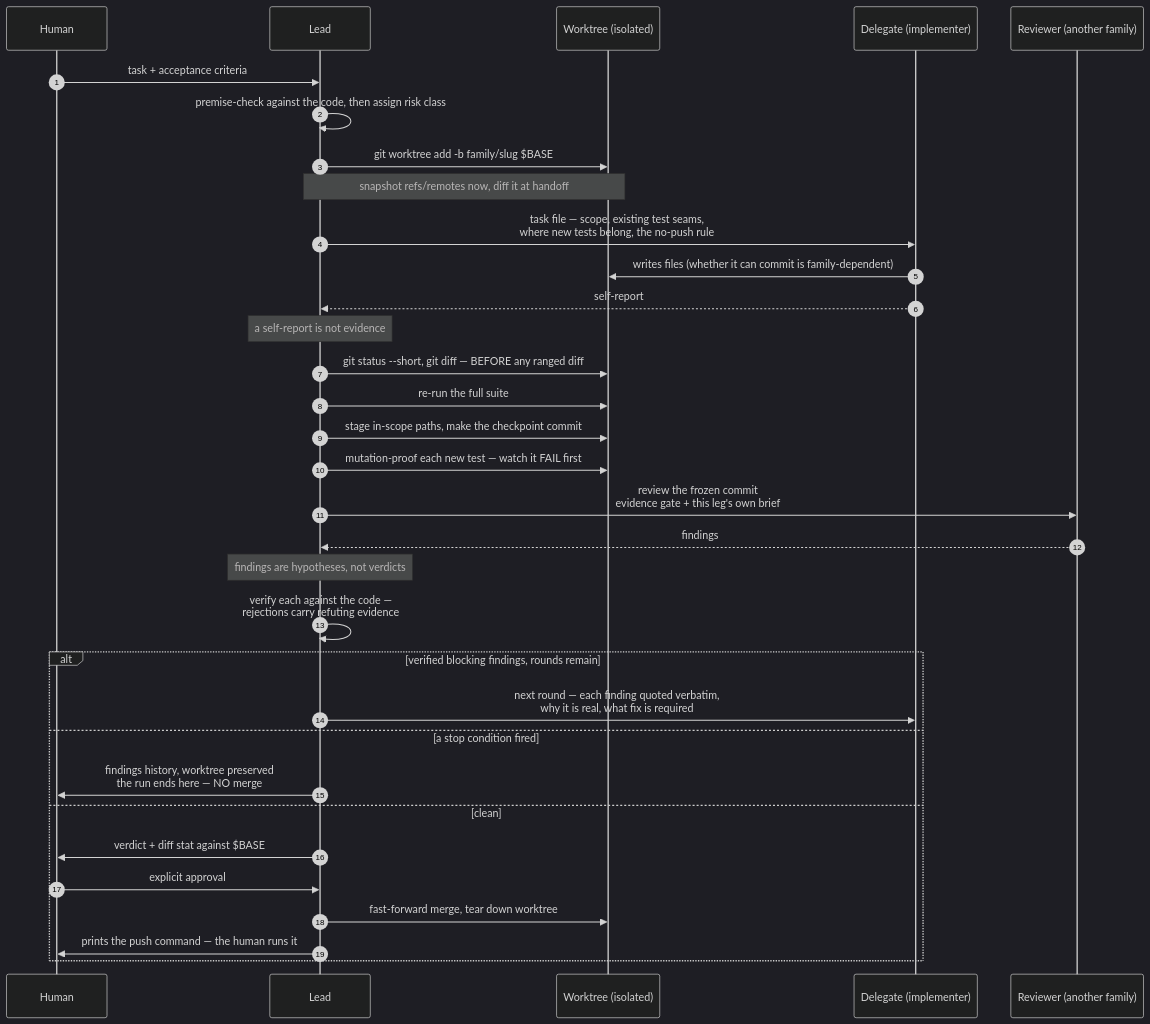
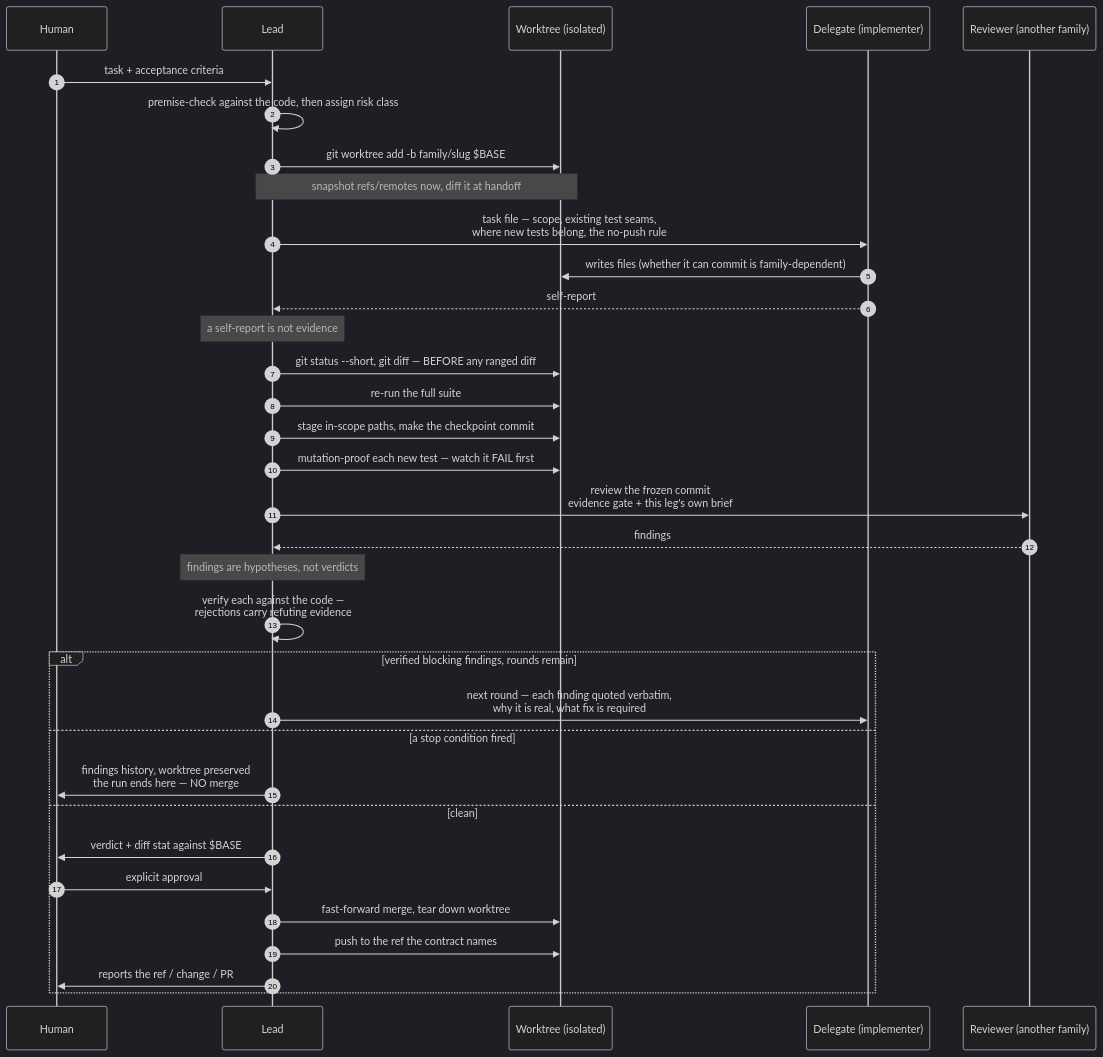
The second of 2 diagrams in docs/workflow.md (aarontzeng/dev-lead), drawn with Mermaid (dark theme) before and after one commit. The commit also changed other lines of this file and 10 other files, not shown here.

````diff
--- a/docs/workflow.md
+++ b/docs/workflow.md
@@ -58,36 +58,37 @@
 ```mermaid
 sequenceDiagram
     autonumber
     participant U as Human
     participant L as Lead
     participant W as Worktree (isolated)
     participant D as Delegate (implementer)
     participant R as Reviewer (another family)
 
     U->>L: task + acceptance criteria
     L->>L: premise-check against the code, then assign risk class
     L->>W: git worktree add -b family/slug $BASE
     Note over L,W: snapshot refs/remotes now, diff it at handoff
     L->>D: task file — scope, existing test seams,<br/>where new tests belong, the no-push rule
     D->>W: writes files (whether it can commit is family-dependent)
     D-->>L: self-report
     Note over L: a self-report is not evidence
     L->>W: git status --short, git diff — BEFORE any ranged diff
     L->>W: re-run the full suite
     L->>W: stage in-scope paths, make the checkpoint commit
     L->>W: mutation-proof each new test — watch it FAIL first
     L->>R: review the frozen commit<br/>evidence gate + this leg's own brief
     R-->>L: findings
     Note over L: findings are hypotheses, not verdicts
     L->>L: verify each against the code —<br/>rejections carry refuting evidence
     alt verified blocking findings, rounds remain
         L->>D: next round — each finding quoted verbatim,<br/>why it is real, what fix is required
     else a stop condition fired
         L->>U: findings history, worktree preserved<br/>the run ends here — NO merge
     else clean
         L->>U: verdict + diff stat against $BASE
         U->>L: explicit approval
         L->>W: fast-forward merge, tear down worktree
-        L->>U: prints the push command — the human runs it
+        L->>W: push to the ref the contract names
+        L->>U: reports the ref / change / PR
     end
 ```
````
